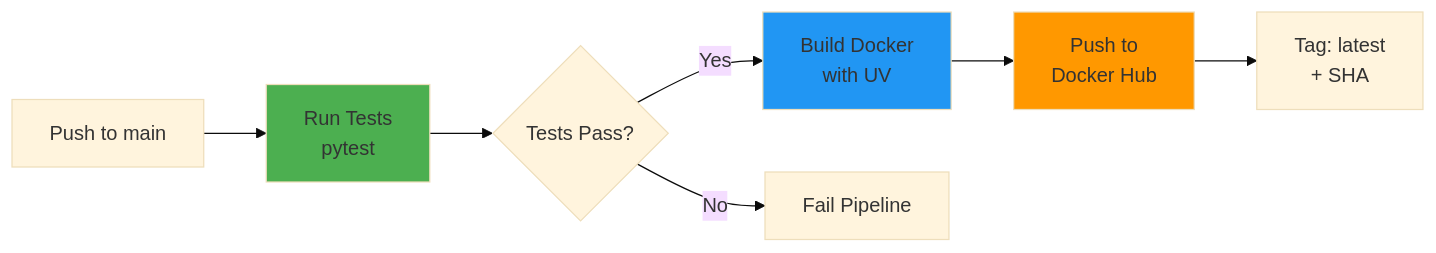
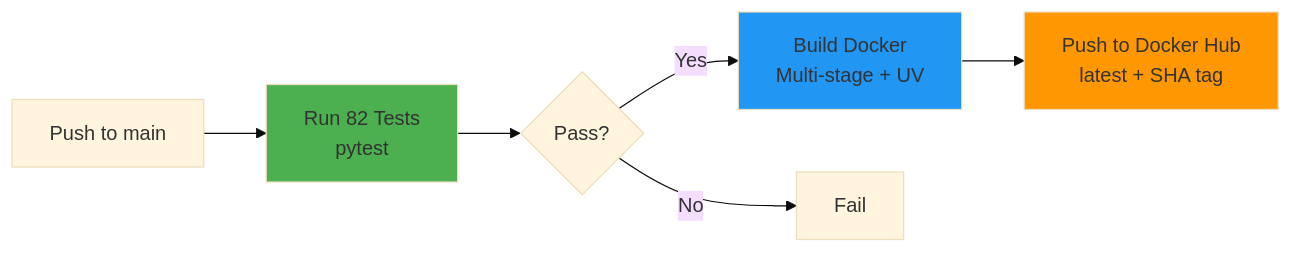
The second of 2 diagrams in README.md (JavithNaseem-J/WattPredictor), drawn with Mermaid (base theme) before and after one commit. The commit also changed other lines of this file, not shown here.

````diff
--- a/README.md
+++ b/README.md
@@ -471,13 +373,12 @@
 ```mermaid
 graph LR
-    A[Push to main] --> B[Run Tests<br/>pytest]
-    B --> C{Tests Pass?}
-    C -->|Yes| D[Build Docker<br/>with UV]
-    C -->|No| E[Fail Pipeline]
-    D --> F[Push to<br/>Docker Hub]
-    F --> G[Tag: latest<br/>+ SHA]
-    
+    A[Push to main] --> B[Run 82 Tests<br/>pytest]
+    B --> C{Pass?}
+    C -->|Yes| D[Build Docker<br/>Multi-stage + UV]
+    C -->|No| E[Fail]
+    D --> F[Push to Docker Hub<br/>latest + SHA tag]
+
     style B fill:#4CAF50
     style D fill:#2196F3
     style F fill:#FF9800
 ```
````
